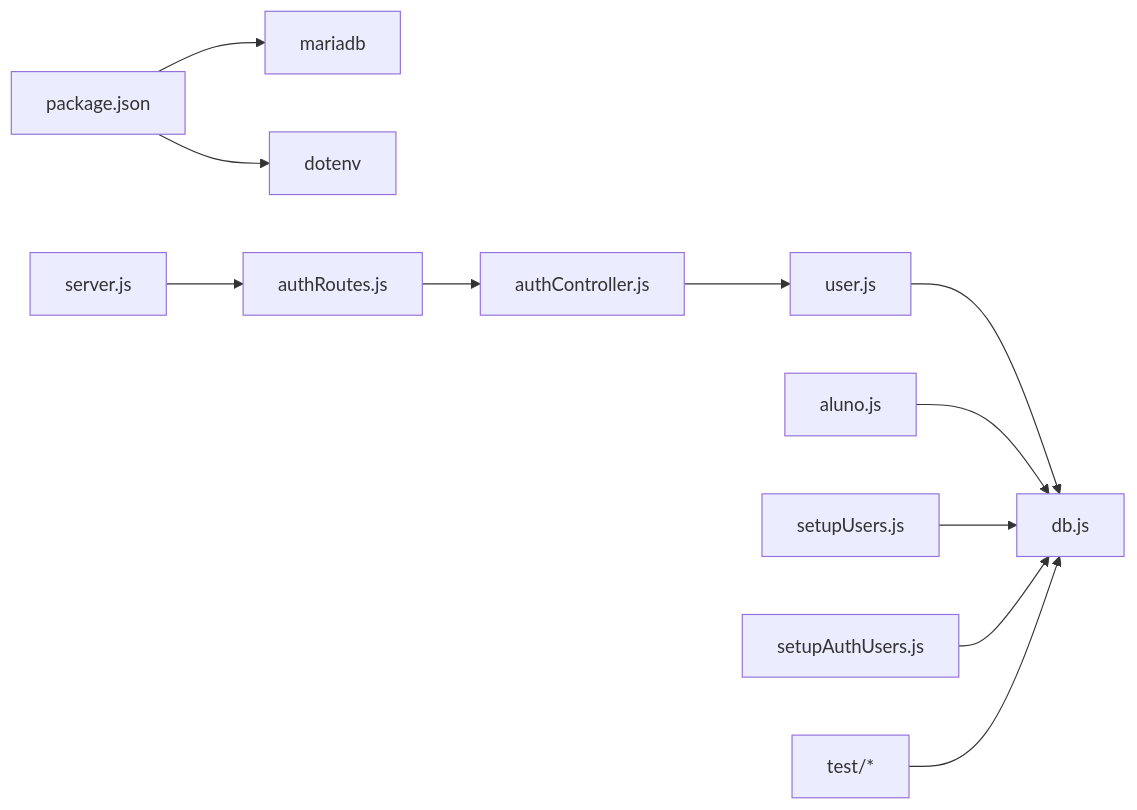
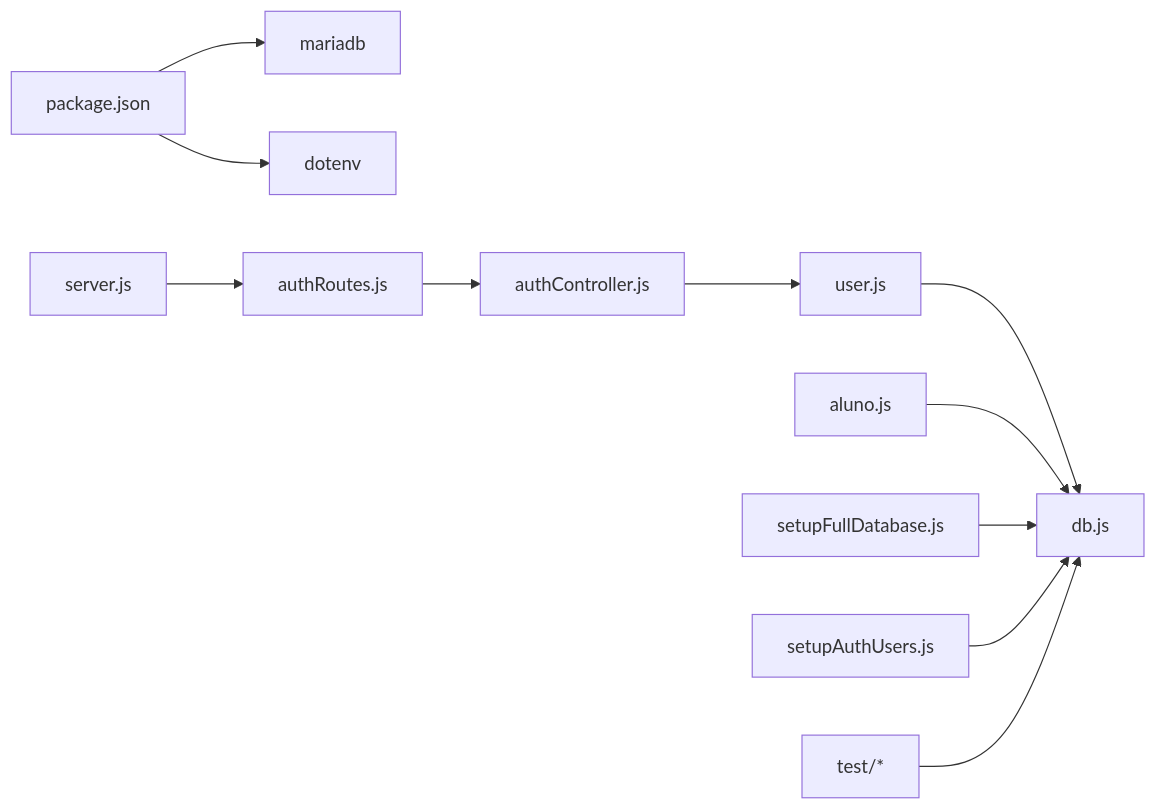
The seventh of 7 diagrams in .qoder/repowiki/en/content/Data Models & Database Design/Database Architecture & Connection Management.md (luiseduacosta/nodemural), drawn with Mermaid before and after one commit. The commit also changed other lines of this file and 27 other files, not shown here.

````diff
--- a/.qoder/repowiki/en/content/Data Models & Database Design/Database Architecture & Connection Management.md
+++ b/.qoder/repowiki/en/content/Data Models & Database Design/Database Architecture & Connection Management.md
@@ -367,13 +403,13 @@
 ```mermaid
 graph LR
 PJSON["package.json"] --> MARIADB["mariadb"]
 PJSON --> DOTENV["dotenv"]
 SERVER["server.js"] --> ROUTES["authRoutes.js"]
 ROUTES --> CTRL["authController.js"]
 CTRL --> MODEL_USER["user.js"]
 MODEL_USER --> POOL["db.js"]
 MODEL_ALUNO["aluno.js"] --> POOL
-INIT_USERS["setupUsers.js"] --> POOL
-INIT_AUTH_USERS["setupAuthUsers.js"] --> POOL
+FULL_SETUP["setupFullDatabase.js"] --> POOL
+AUTH_SETUP["setupAuthUsers.js"] --> POOL
 TESTS["test/*"] --> POOL
 ```
````
